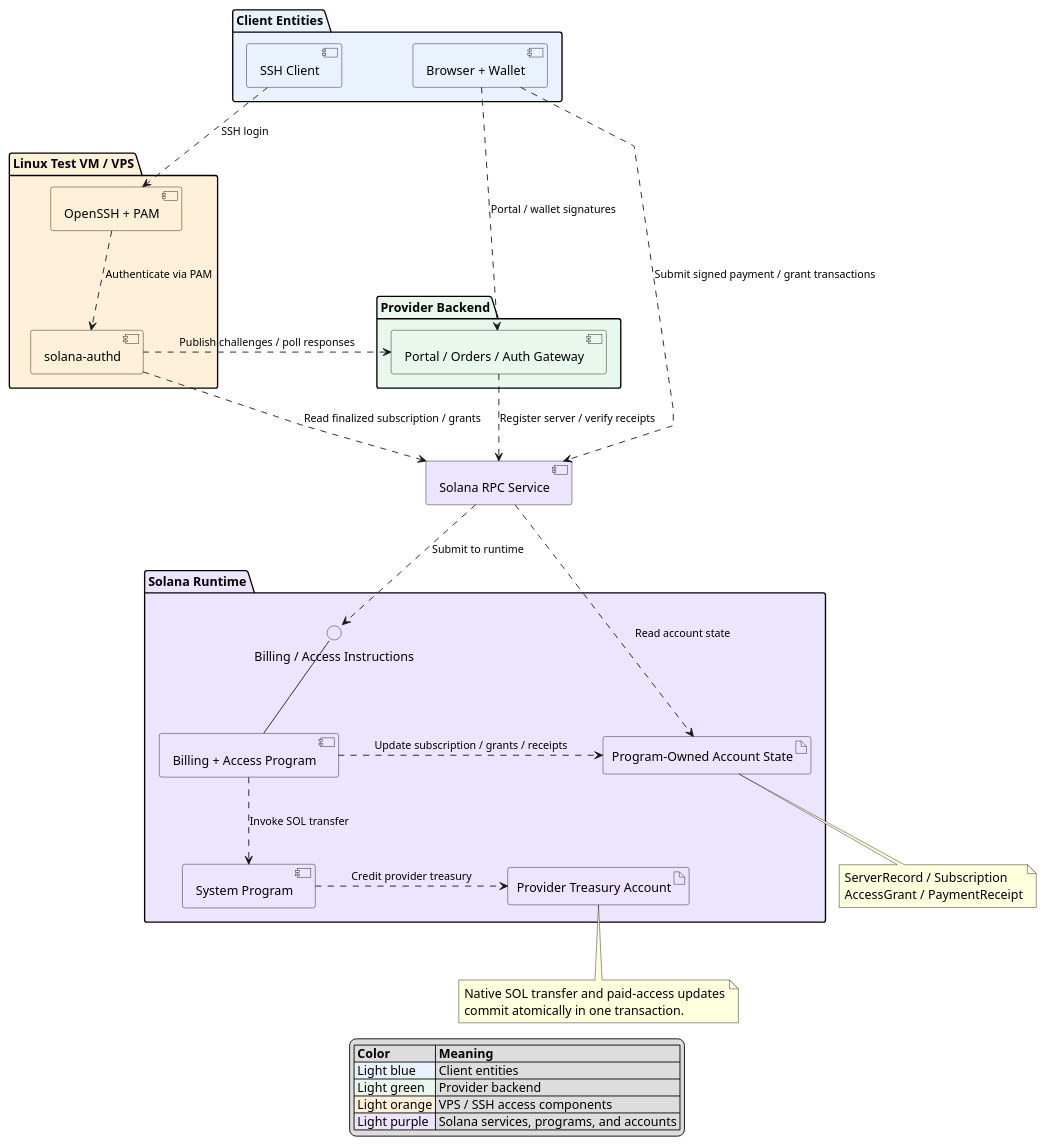
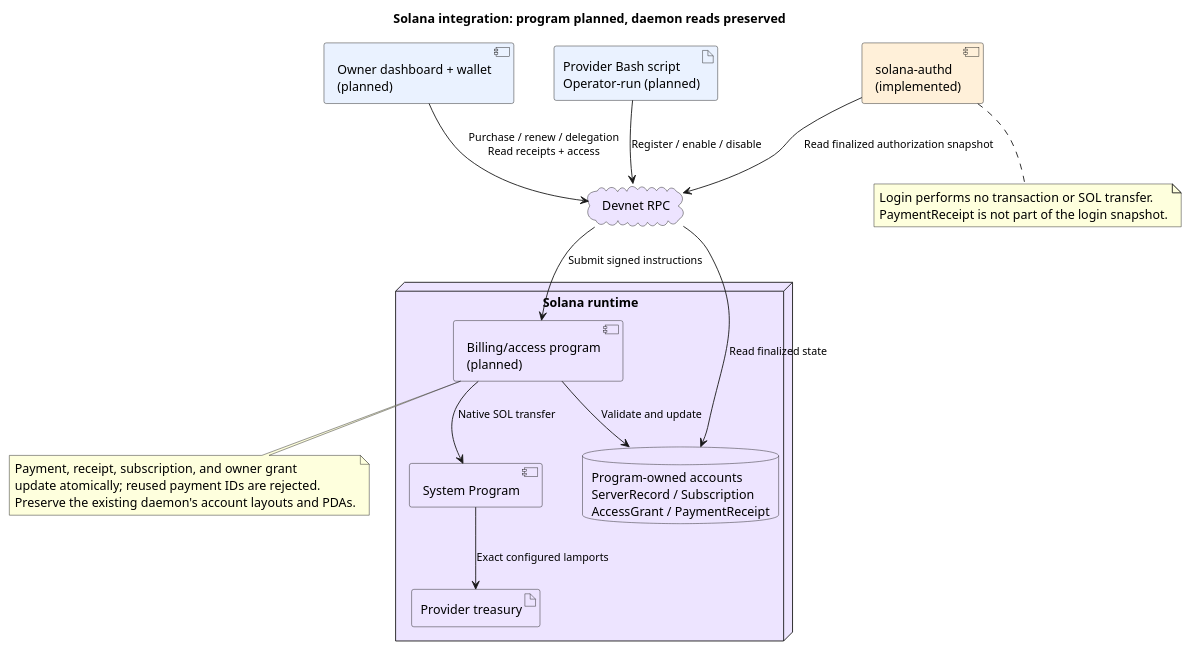
The diagram in docs/diagrams/on-chain-components.puml (Tarat0r/solana-vps-platform), drawn with PlantUML before and after one commit. The commit also changed 20 other files, not shown here.

Commit message:
docs: describe the reduced architecture and implemented components

```diff
--- a/docs/diagrams/on-chain-components.puml
+++ b/docs/diagrams/on-chain-components.puml
@@ -1,63 +1,41 @@
 @startuml
-top to bottom direction
-skinparam componentStyle uml2
-skinparam shadowing false
 skinparam defaultFontName SansSerif
 skinparam defaultFontSize 14
-skinparam nodesep 80
-skinparam ranksep 80
-skinparam linetype polyline
 skinparam ArrowFontSize 12
+skinparam shadowing false
+skinparam nodesep 45
+skinparam ranksep 55
+title Solana integration: program planned, daemon reads preserved
+top to bottom direction
 
-package "Client Entities" #EAF2FF {
-  component "Browser + Wallet" as Browser #EAF2FF
-  component "SSH Client" as SSH #EAF2FF
-  Browser -[hidden]right-> SSH
-}
-package "Provider Backend" #EAF7ED {
-  component "Portal / Orders / Auth Gateway" as Backend #EAF7ED
-}
-package "Linux Test VM / VPS" #FFF0D9 {
-  component "OpenSSH + PAM" as SSHAccess #FFF0D9
-  component "solana-authd" as AuthD #FFF0D9
-}
-component "Solana RPC Service" as RPC #EDE4FF
-package "Solana Runtime" #EDE4FF {
-  interface "Billing / Access Instructions" as Instructions #EDE4FF
-  component "Billing + Access Program" as Program #EDE4FF
-  artifact "Program-Owned Account State" as Accounts #EDE4FF
+component "Owner dashboard + wallet\n(planned)" as Browser #EAF2FF
+artifact "Provider Bash script\nOperator-run (planned)" as Setup #EAF2FF
+component "solana-authd\n(implemented)" as AuthD #FFF0D9
+cloud "Devnet RPC" as RPC #EDE4FF
+
+node "Solana runtime" #EDE4FF {
+  component "Billing/access program\n(planned)" as Program #EDE4FF
+  database "Program-owned accounts\nServerRecord / Subscription\nAccessGrant / PaymentReceipt" as Accounts #EDE4FF
   component "System Program" as System #EDE4FF
-  artifact "Provider Treasury Account" as Treasury #EDE4FF
+  artifact "Provider treasury" as Treasury #EDE4FF
 }
 
-Browser -[dashed]down-> Backend : Portal / wallet signatures
-SSH -[dashed]down-> SSHAccess : SSH login
-SSHAccess -[dashed]down-> AuthD : Authenticate via PAM
-AuthD -[dashed]left-> Backend : Publish challenges / poll responses
-Browser -[dashed]down--> RPC : Submit signed payment / grant transactions
-Backend -[dashed]down-> RPC : Register server / verify receipts
-AuthD -[dashed]down-> RPC : Read finalized subscription / grants
-RPC -[dashed]down-> Instructions : Submit to runtime
-Program -up- Instructions
-RPC -[dashed]down--> Accounts : Read account state
-Program -[dashed]right-> Accounts : Update subscription / grants / receipts
-Program -[dashed]down-> System : Invoke SOL transfer
-System -[dashed]right-> Treasury : Credit provider treasury
+Browser --> RPC : Purchase / renew / delegation\nRead receipts + access
+Setup --> RPC : Register / enable / disable
+AuthD --> RPC : Read finalized authorization snapshot
+RPC --> Program : Submit signed instructions
+RPC --> Accounts : Read finalized state
+Program --> Accounts : Validate and update
+Program --> System : Native SOL transfer
+System --> Treasury : Exact configured lamports
 
-note bottom of Accounts
-  ServerRecord / Subscription
-  AccessGrant / PaymentReceipt
+note bottom of Program
+  Payment, receipt, subscription, and owner grant
+  update atomically; reused payment IDs are rejected.
+  Preserve the existing daemon's account layouts and PDAs.
 end note
-note bottom of Treasury
-  Native SOL transfer and paid-access updates
-  commit atomically in one transaction.
+note bottom of AuthD
+  Login performs no transaction or SOL transfer.
+  PaymentReceipt is not part of the login snapshot.
 end note
-
-legend bottom
-  |= Color |= Meaning |
-  |<#EAF2FF> Light blue | Client entities |
-  |<#EAF7ED> Light green | Provider backend |
-  |<#FFF0D9> Light orange | VPS / SSH access components |
-  |<#EDE4FF> Light purple | Solana services, programs, and accounts |
-endlegend
 @enduml
```
